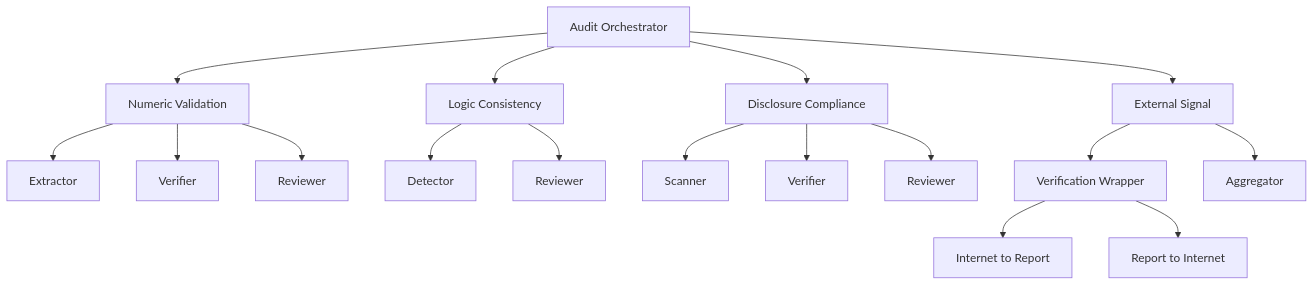
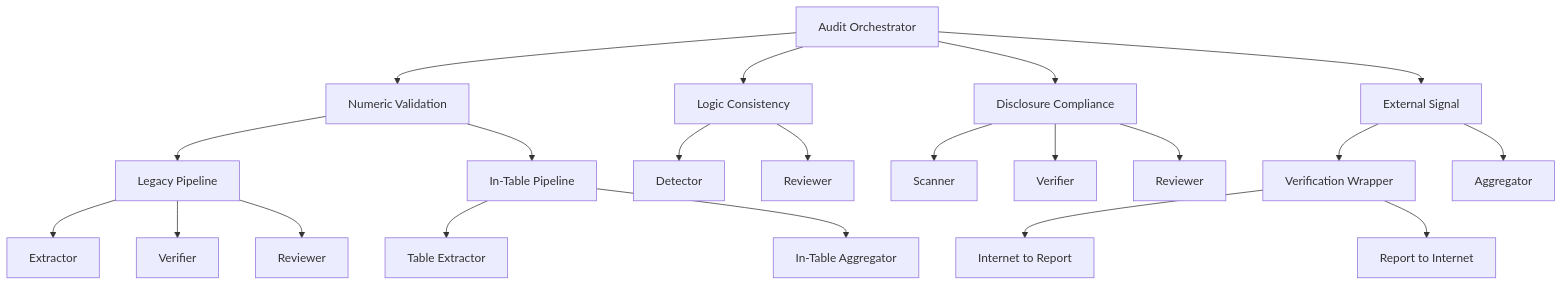
The diagram in backend/agents/README.md (ogasimli/veritas-ai), drawn with Mermaid before and after one commit. The commit also changed other lines of this file and 1 other file, not shown here.

Commit message:
doc: update agents README and flowchart

````diff
--- a/backend/agents/README.md
+++ b/backend/agents/README.md
@@ -20,24 +20,30 @@
 ```mermaid
 graph TD
     Root[Audit Orchestrator] --> NV[Numeric Validation]
     Root --> LC[Logic Consistency]
     Root --> DC[Disclosure Compliance]
     Root --> ES[External Signal]
 
-    NV --> NV_Ext[Extractor]
-    NV --> NV_Ver[Verifier]
-    NV --> NV_Rev[Reviewer]
+    NV --> NV_Legacy[Legacy Pipeline]
+    NV --> NV_InTable[In-Table Pipeline]
+
+    NV_Legacy --> NV_Ext[Extractor]
+    NV_Legacy --> NV_Ver[Verifier]
+    NV_Legacy --> NV_Rev[Reviewer]
+
+    NV_InTable --> NV_TabExt[Table Extractor]
+    NV_InTable --> NV_TabAgg[In-Table Aggregator]
 
     LC --> LC_Det[Detector]
     LC --> LC_Rev[Reviewer]
 
     DC --> DC_Scan[Scanner]
     DC --> DC_Ver[Verifier]
     DC --> DC_Rev[Reviewer]
 
     ES --> ES_Verif[Verification Wrapper]
     ES --> ES_Agg[Aggregator]
 
     ES_Verif --> ES_ITR[Internet to Report]
     ES_Verif --> ES_RTI[Report to Internet]
 ```
````
